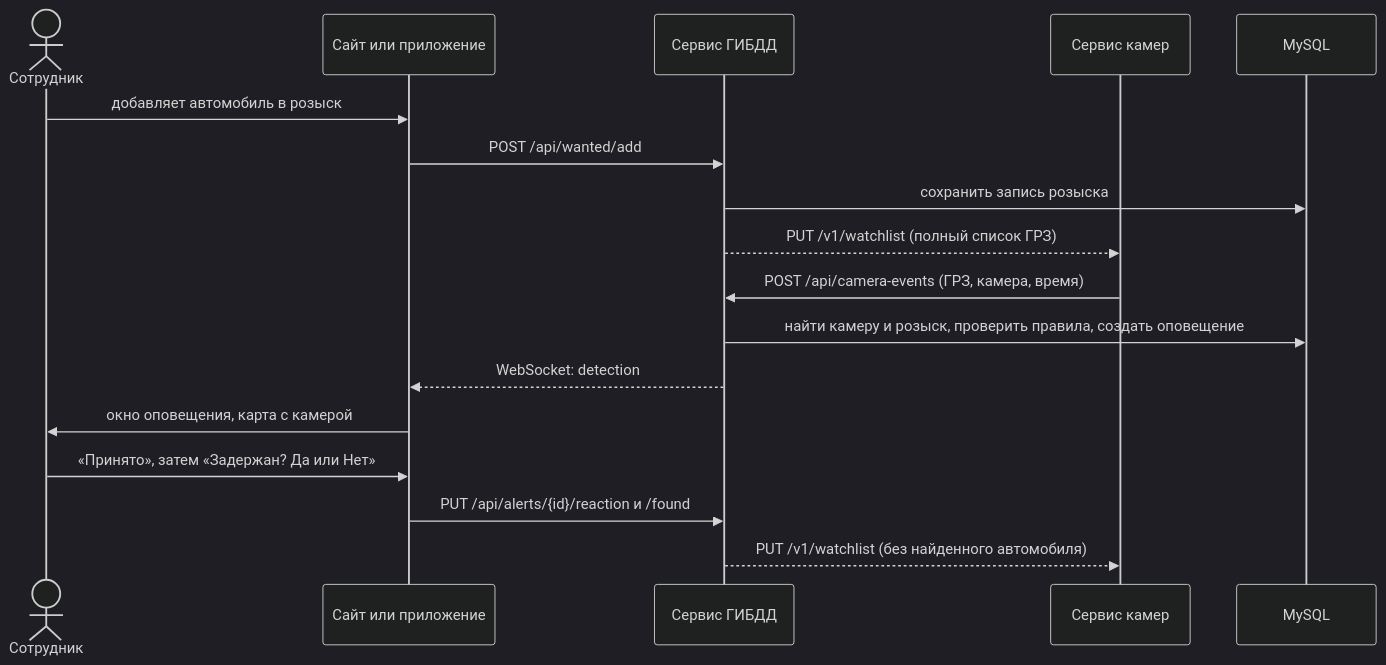
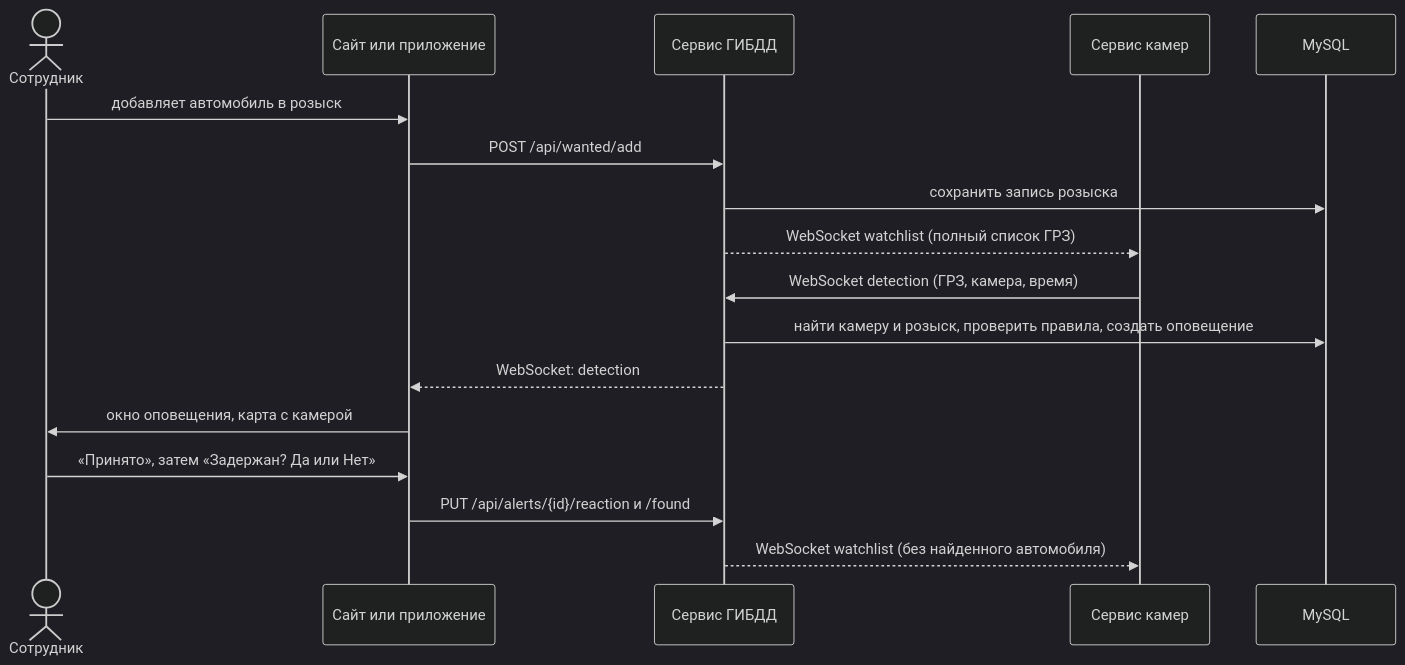
The second of 2 diagrams in README.md (BelozerovaA/gibdd-system), drawn with Mermaid (dark theme) before and after one commit. The commit also changed other lines of this file and 25 other files, not shown here.

````diff
--- a/README.md
+++ b/README.md
@@ -45,20 +44,20 @@
 ```mermaid
 sequenceDiagram
     actor E as Сотрудник
     participant W as Сайт или приложение
     participant G as Сервис ГИБДД
     participant K as Сервис камер
     participant D as MySQL
 
     E->>W: добавляет автомобиль в розыск
     W->>G: POST /api/wanted/add
     G->>D: сохранить запись розыска
-    G-->>K: PUT /v1/watchlist (полный список ГРЗ)
-    K->>G: POST /api/camera-events (ГРЗ, камера, время)
+    G-->>K: WebSocket watchlist (полный список ГРЗ)
+    K->>G: WebSocket detection (ГРЗ, камера, время)
     G->>D: найти камеру и розыск, проверить правила, создать оповещение
     G-->>W: WebSocket: detection
     W->>E: окно оповещения, карта с камерой
     E->>W: «Принято», затем «Задержан? Да или Нет»
     W->>G: PUT /api/alerts/{id}/reaction и /found
-    G-->>K: PUT /v1/watchlist (без найденного автомобиля)
+    G-->>K: WebSocket watchlist (без найденного автомобиля)
 ```
````
